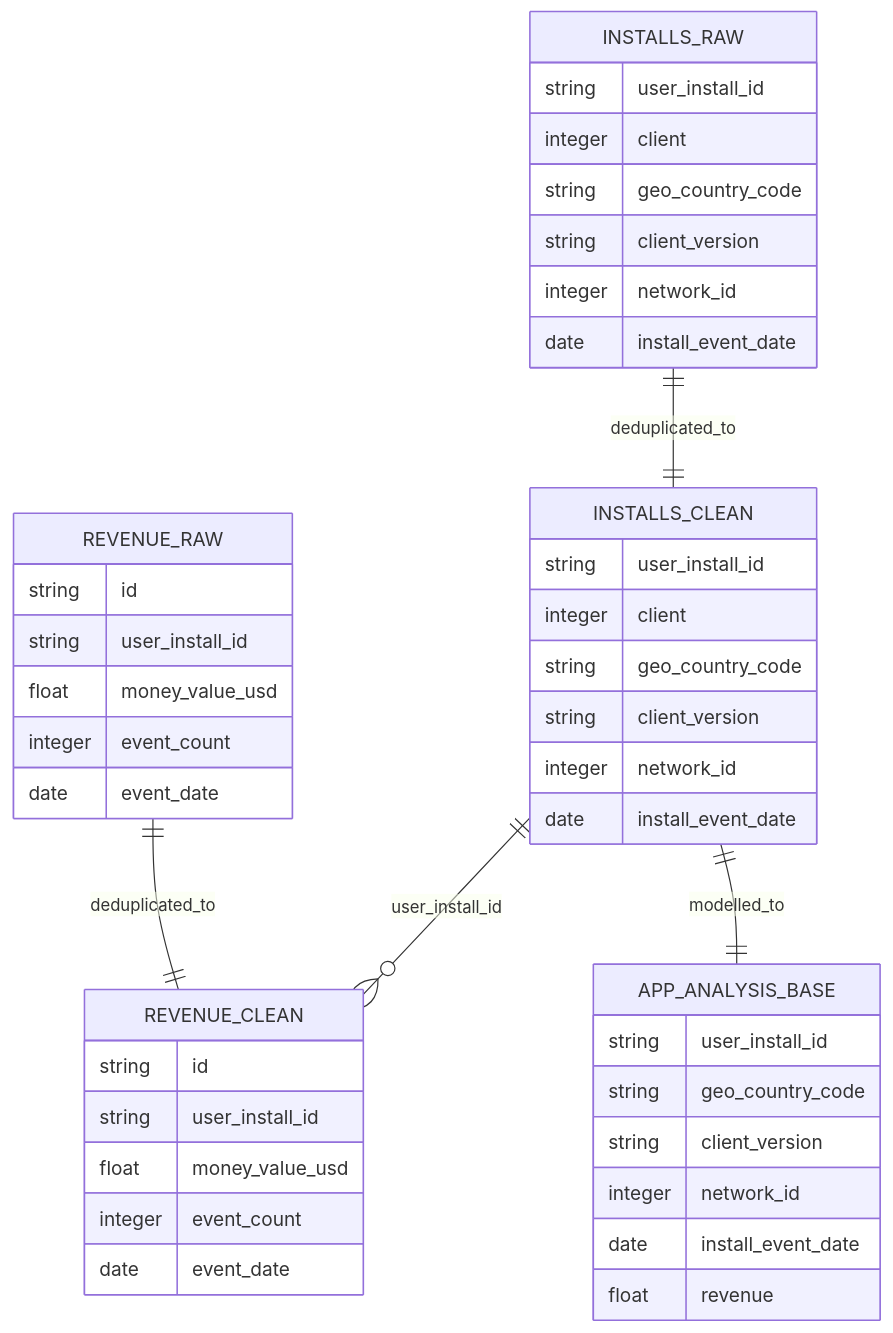
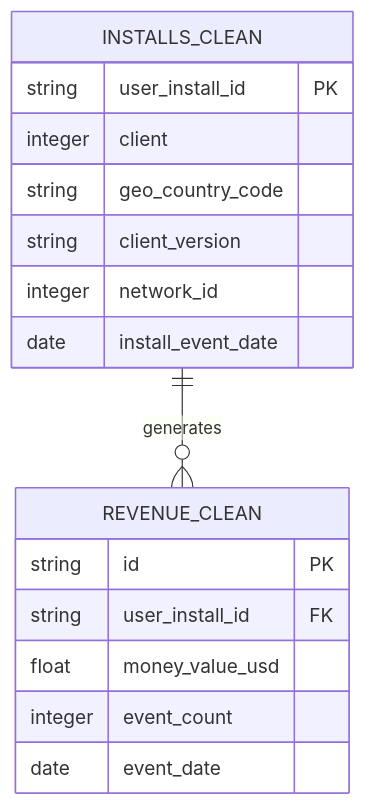
One commit to Noor-Ahmed-12/mobile-app-analytics-engineering changed the third of 3 diagrams in README.md. Above: the diagram before and after it, drawn with Mermaid. The commit also changed other lines of this file, not shown here.

````diff
--- a/README.md
+++ b/README.md
@@ -103,50 +116,21 @@
 ```mermaid
 erDiagram
-    INSTALLS_RAW {
-        string user_install_id
-        integer client
-        string geo_country_code
-        string client_version
-        integer network_id
-        date install_event_date
-    }
-
-    REVENUE_RAW {
-        string id
-        string user_install_id
-        float money_value_usd
-        integer event_count
-        date event_date
-    }
+    INSTALLS_CLEAN ||--o{ REVENUE_CLEAN : "generates"
 
     INSTALLS_CLEAN {
-        string user_install_id
+        string user_install_id PK
         integer client
         string geo_country_code
         string client_version
         integer network_id
         date install_event_date
     }
 
     REVENUE_CLEAN {
-        string id
-        string user_install_id
+        string id PK
+        string user_install_id FK
         float money_value_usd
         integer event_count
         date event_date
     }
-
-    APP_ANALYSIS_BASE {
-        string user_install_id
-        string geo_country_code
-        string client_version
-        integer network_id
-        date install_event_date
-        float revenue
-    }
-
-    INSTALLS_RAW ||--|| INSTALLS_CLEAN : deduplicated_to
-    REVENUE_RAW ||--|| REVENUE_CLEAN : deduplicated_to
-    INSTALLS_CLEAN ||--o{ REVENUE_CLEAN : user_install_id
-    INSTALLS_CLEAN ||--|| APP_ANALYSIS_BASE : modelled_to
 ```
````
